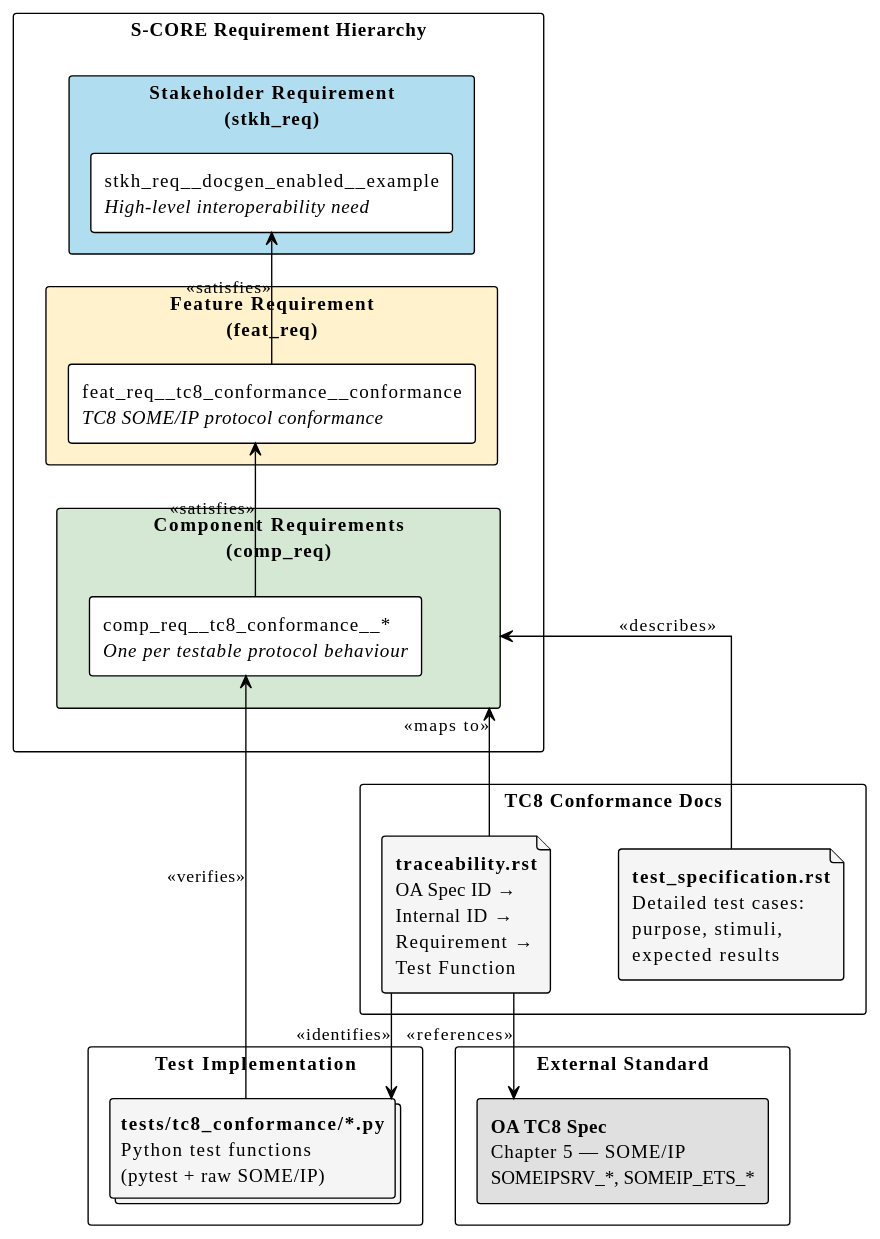
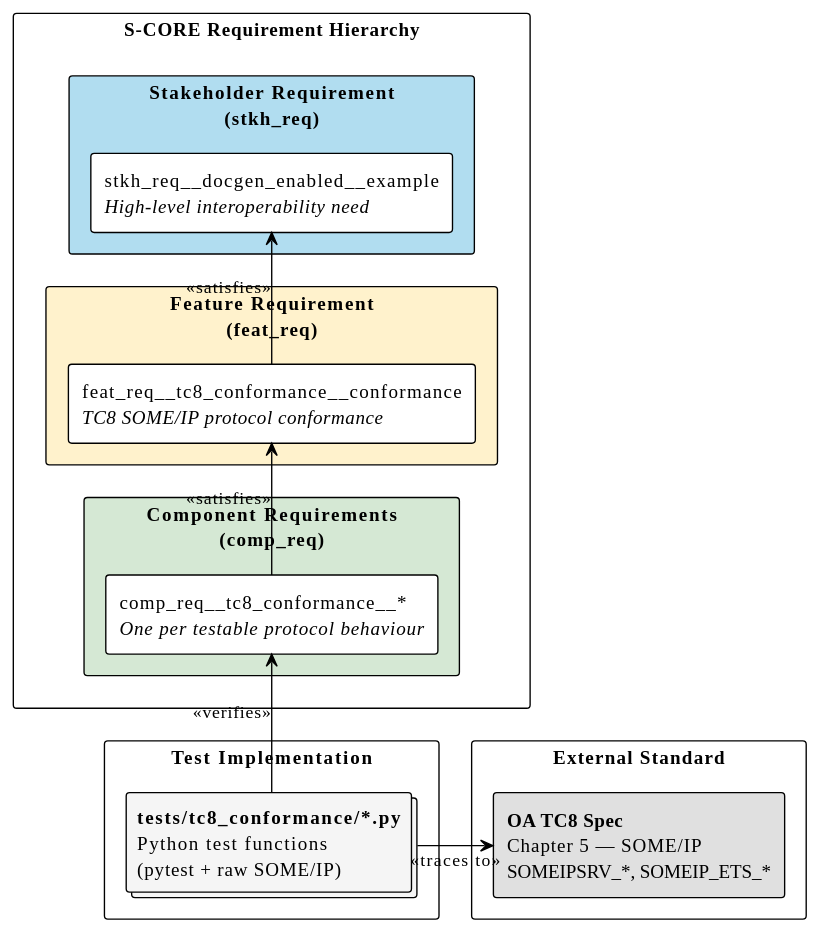
Before and after one commit to etas-contrib/score_inc_someip_gateway: the diagram in docs/tc8_conformance/requirements.rst, drawn with PlantUML. The commit also changed other lines of this file and 4 other files, not shown here.

First line of the commit message:
Simplify requirement diagram and template vsomeip log path

```diff
--- a/docs/tc8_conformance/requirements.rst
+++ b/docs/tc8_conformance/requirements.rst
@@ -109,52 +109,42 @@
 .. uml::
 
    @startuml
    !theme plain
 
    scale max 800 width
    skinparam packageStyle rectangle
    skinparam linetype ortho
    skinparam nodesep 50
    skinparam ranksep 50
 
    package "S-CORE Requirement Hierarchy" {
      rectangle "**Stakeholder Requirement**\n(stkh_req)" as STKH #b1ddf0 {
        rectangle "stkh_req~__docgen_enabled~__example\n//High-level interoperability need//" as SReq
      }
      rectangle "**Feature Requirement**\n(feat_req)" as FEAT #fff2cc {
        rectangle "feat_req~__tc8_conformance~__conformance\n//TC8 SOME/IP protocol conformance//" as FReq
      }
      rectangle "**Component Requirements**\n(comp_req)" as COMP #d5e8d4 {
        rectangle "comp_req~__tc8_conformance~__*\n//One per testable protocol behaviour//" as CReq
      }
    }
 
    package "Test Implementation" {
      collections "**tests/tc8_conformance/*.py**\nPython test functions\n(pytest + raw SOME/IP)" as Tests #f5f5f5
    }
 
-   package "TC8 Conformance Docs" {
-     file "**test_specification.rst**\nDetailed test cases:\npurpose, stimuli,\nexpected results" as TestSpec #f5f5f5
-     file "**traceability.rst**\nOA Spec ID →\nInternal ID →\nRequirement →\nTest Function" as Trace #f5f5f5
-   }
-
    package "External Standard" {
      rectangle "**OA TC8 Spec**\nChapter 5 — SOME/IP\nSOMEIPSRV_*, SOMEIP_ETS_*" as OASpec #e0e0e0
    }
 
    ' --- Relationships ---
 
    ' Requirement satisfaction hierarchy (vertical within hierarchy)
    FReq -up-> SReq : <<satisfies>>
    CReq -up-> FReq : <<satisfies>>
 
-   ' Test verification
+   ' Test verification and external standard traceability
    Tests -up-> CReq : <<verifies>>
-
-   ' Documentation and Traceability
-   TestSpec -up-> COMP : <<describes>>
-   Trace -up-> COMP : <<maps to>>
-   Trace --> Tests : <<identifies>>
-   Trace --> OASpec : <<references>>
+   Tests -right-> OASpec : <<traces to>>
 
    @enduml
```
